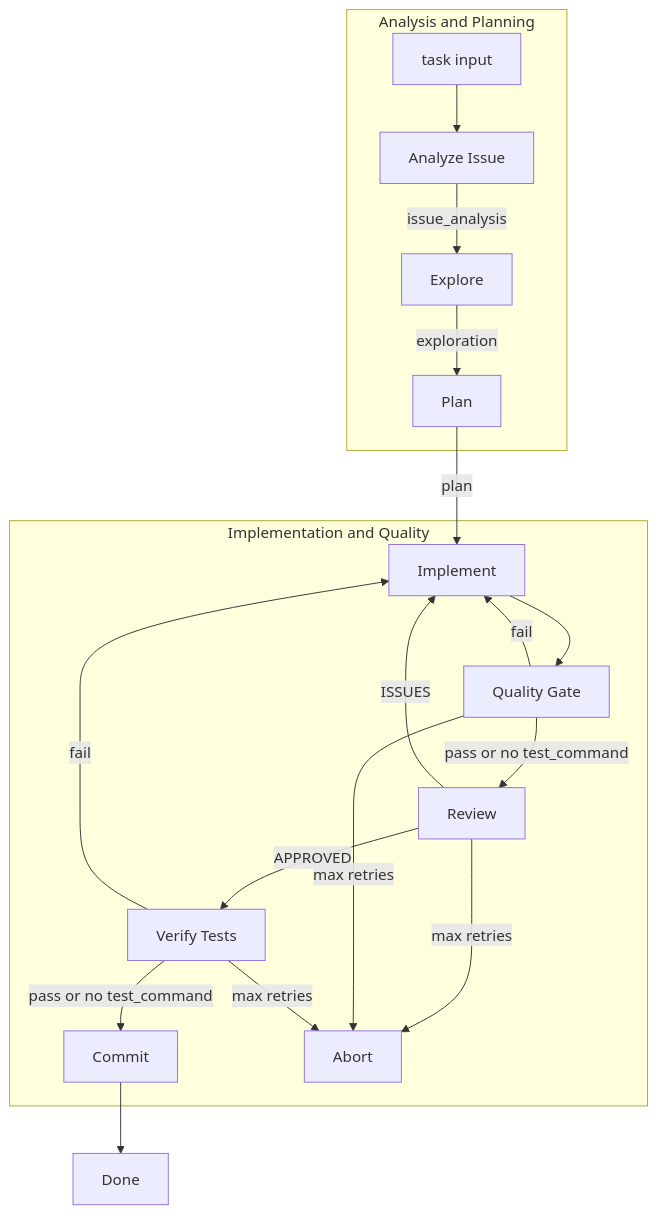
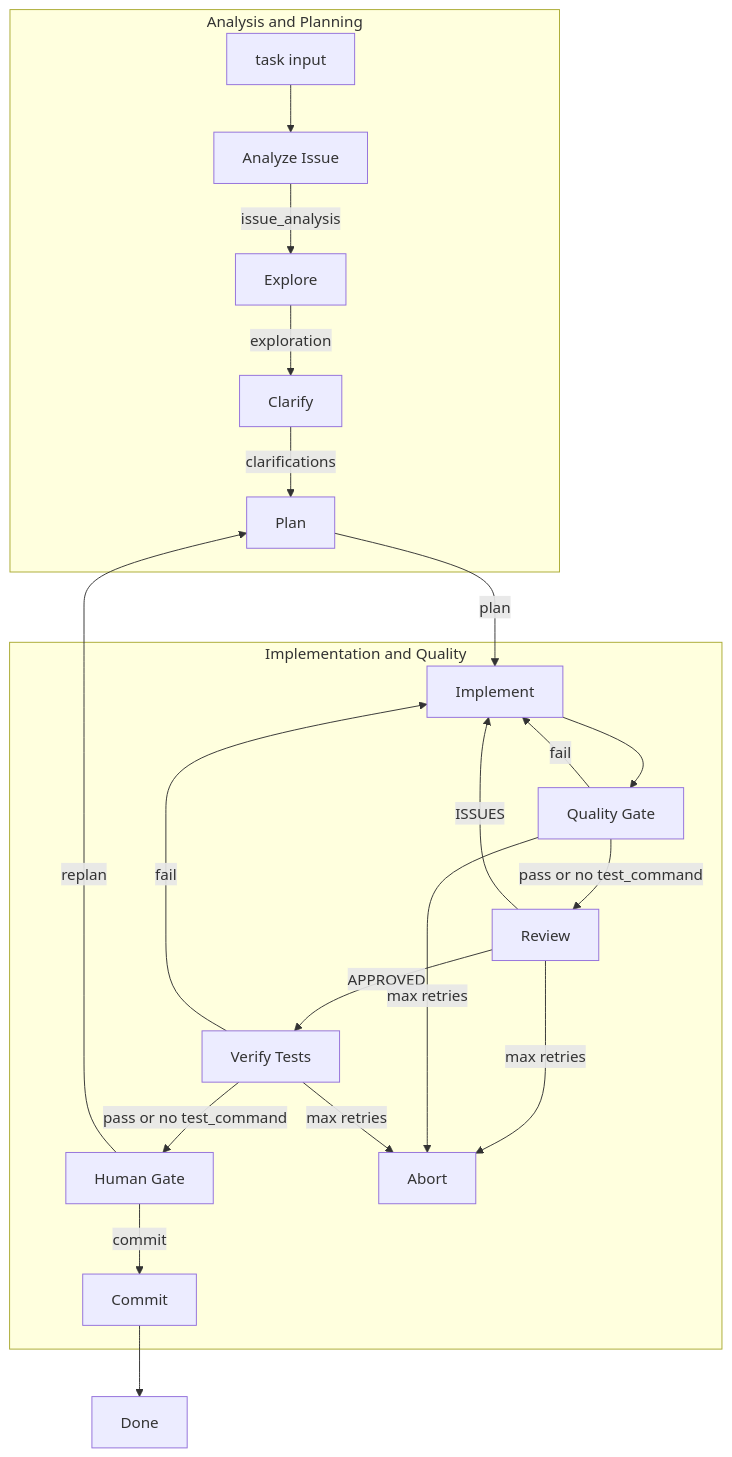
Before and after one commit to iklobato/mycrew: the diagram in README.md, drawn with Mermaid. The commit also changed other lines of this file and 10 other files, not shown here.

````diff
--- a/README.md
+++ b/README.md
@@ -267,35 +259,40 @@
 ```mermaid
 flowchart TB
     subgraph phase1 [Analysis and Planning]
         task[task input]
         analyze[Analyze Issue]
         explore[Explore]
+        clarify[Clarify]
         plan[Plan]
     end
     subgraph phase2 [Implementation and Quality]
         implement[Implement]
         qualityGate[Quality Gate]
         review[Review]
         verify[Verify Tests]
+        humanGate[Human Gate]
         commit[Commit]
         abort[Abort]
     end
 
     task --> analyze
     analyze -->|issue_analysis| explore
-    explore -->|exploration| plan
+    explore -->|exploration| clarify
+    clarify -->|clarifications| plan
     plan -->|plan| implement
 
     implement --> qualityGate
     qualityGate -->|pass or no test_command| review
     qualityGate -->|fail| implement
 
     review -->|APPROVED| verify
     review -->|ISSUES| implement
-    verify -->|pass or no test_command| commit
+    verify -->|pass or no test_command| humanGate
     verify -->|fail| implement
+    humanGate -->|commit| commit
+    humanGate -->|replan| plan
     commit --> done[Done]
     review -->|max retries| abort
     qualityGate -->|max retries| abort
     verify -->|max retries| abort
 ```
````
